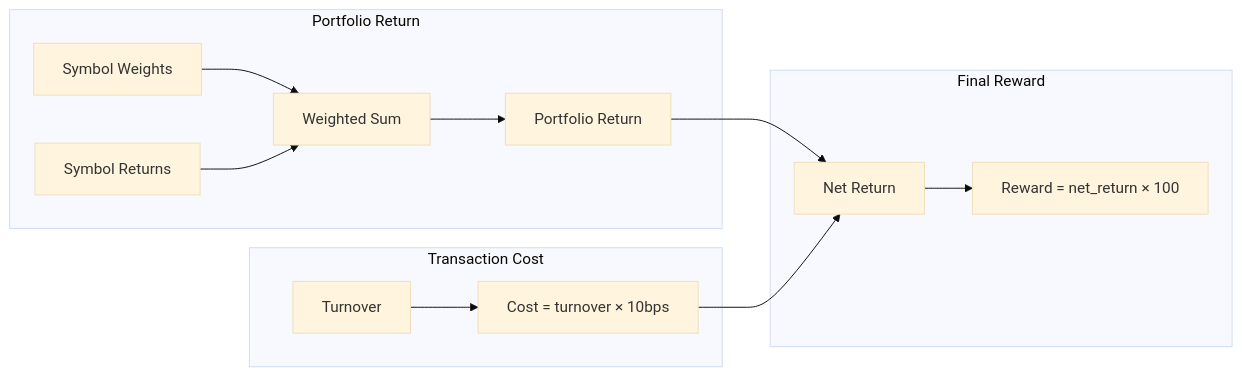
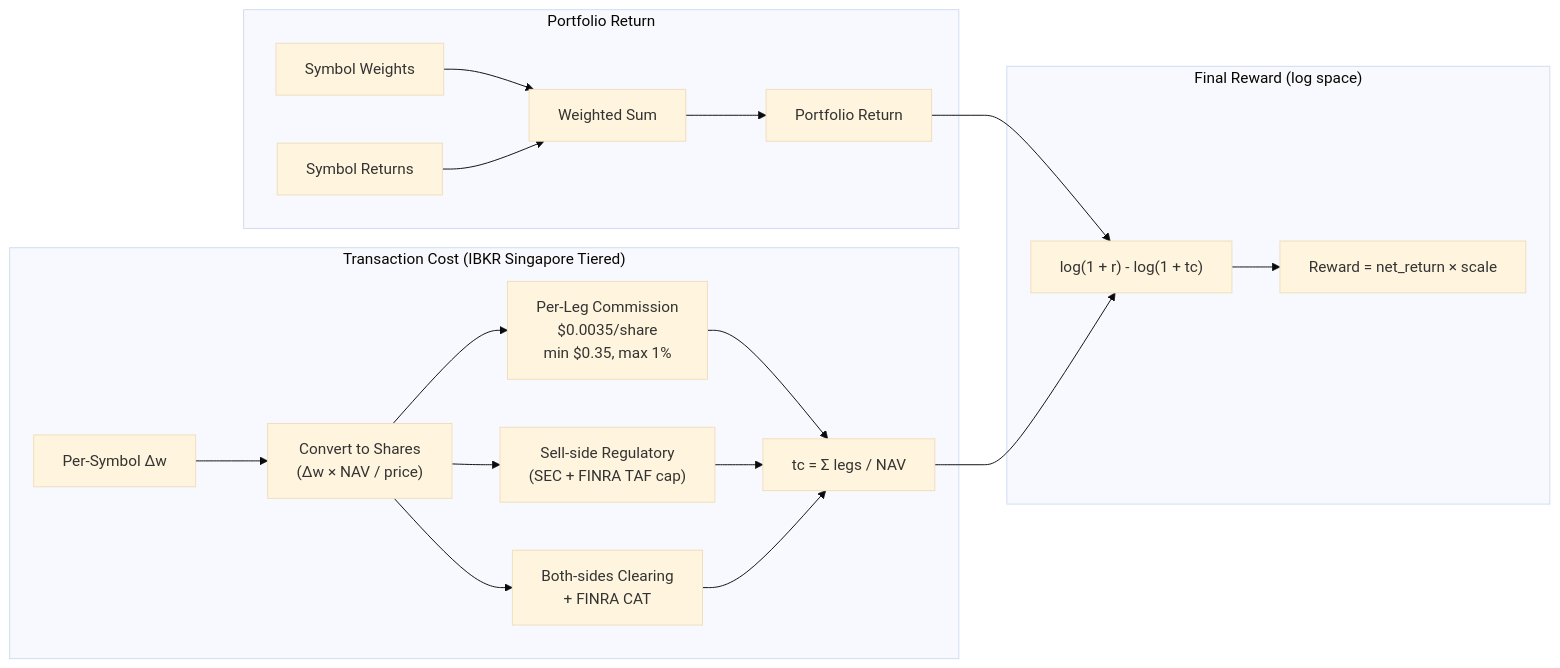
One commit to hajirazin/LearnFinance-2025 changed the fourth of 6 diagrams in brain_api/docs/flow_diagrams/experience.md. Above: the diagram before and after it, drawn with Mermaid (base theme). The commit also changed other lines of this file and 15 other files, not shown here.

````diff
--- a/brain_api/docs/flow_diagrams/experience.md
+++ b/brain_api/docs/flow_diagrams/experience.md
@@ -163,18 +163,24 @@
 ```mermaid
 flowchart LR
     subgraph "Portfolio Return"
         A[Symbol Weights] --> C[Weighted Sum]
         B[Symbol Returns] --> C
         C --> D[Portfolio Return]
     end
     
-    subgraph "Transaction Cost"
-        E[Turnover] --> F["Cost = turnover × 10bps"]
+    subgraph "Transaction Cost (IBKR Singapore Tiered)"
+        E1[Per-Symbol Δw] --> E2["Convert to Shares<br/>(Δw × NAV / price)"]
+        E2 --> E3["Per-Leg Commission<br/>$0.0035/share<br/>min $0.35, max 1%"]
+        E2 --> E4["Sell-side Regulatory<br/>(SEC + FINRA TAF cap)"]
+        E2 --> E5["Both-sides Clearing<br/>+ FINRA CAT"]
+        E3 --> F["tc = Σ legs / NAV"]
+        E4 --> F
+        E5 --> F
     end
     
-    subgraph "Final Reward"
-        D --> G[Net Return]
+    subgraph "Final Reward (log space)"
+        D --> G["log(1 + r) - log(1 + tc)"]
         F --> G
-        G --> H["Reward = net_return × 100"]
+        G --> H["Reward = net_return × scale"]
     end
 ```
````
